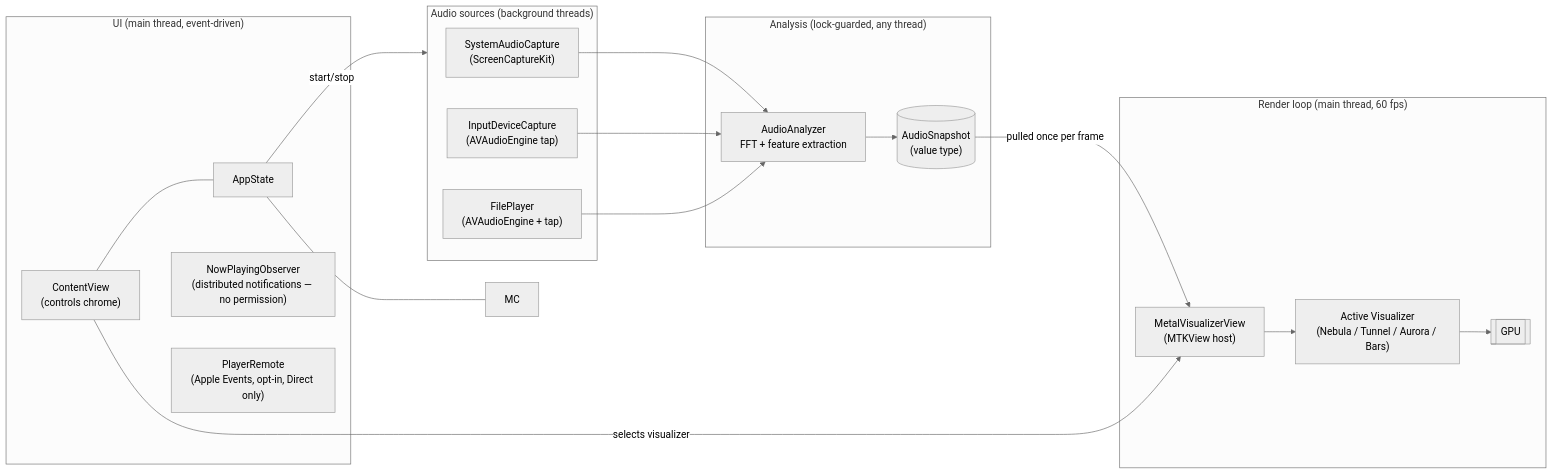
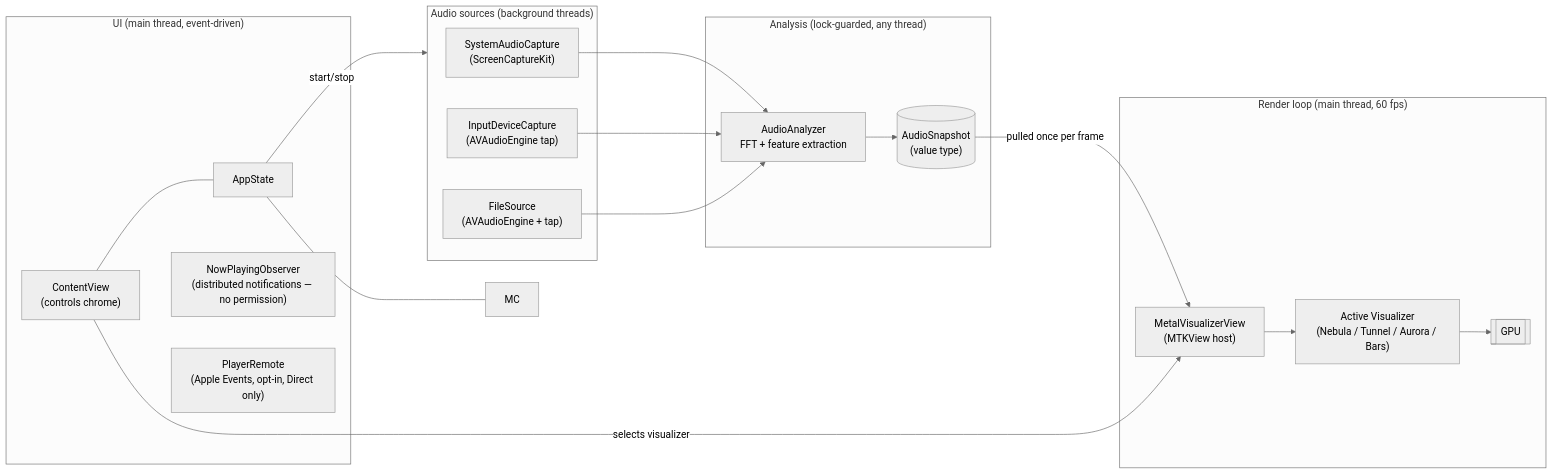
One commit to jonjaques/synesthia changed the first of 3 diagrams in docs/architecture.md. Above: the diagram before and after it, drawn with Mermaid (neutral theme). The commit also changed other lines of this file and 23 other files, not shown here.

````diff
--- a/docs/architecture.md
+++ b/docs/architecture.md
@@ -15,37 +15,37 @@
 ```mermaid
 flowchart LR
     subgraph sources["Audio sources (background threads)"]
         SCK["SystemAudioCapture<br>(ScreenCaptureKit)"]
         MIC["InputDeviceCapture<br>(AVAudioEngine tap)"]
-        FILE["FilePlayer<br>(AVAudioEngine + tap)"]
+        FILE["FileSource<br>(AVAudioEngine + tap)"]
     end
 
     subgraph analysis["Analysis (lock-guarded, any thread)"]
         AN["AudioAnalyzer<br>FFT + feature extraction"]
         SNAP[("AudioSnapshot<br>(value type)")]
     end
 
     subgraph render["Render loop (main thread, 60 fps)"]
         MVV["MetalVisualizerView<br>(MTKView host)"]
         VIZ["Active Visualizer<br>(Nebula / Tunnel / Aurora / Bars)"]
         GPU[["GPU"]]
     end
 
     subgraph ui["UI (main thread, event-driven)"]
         AS["AppState"]
         CV["ContentView<br>(controls chrome)"]
         NP["NowPlayingObserver<br>(distributed notifications — no permission)"]
         PR["PlayerRemote<br>(Apple Events, opt-in, Direct only)"]
     end
 
     SCK --> AN
     MIC --> AN
     FILE --> AN
     AN --> SNAP
     SNAP -- "pulled once per frame" --> MVV
     MVV --> VIZ --> GPU
     AS -- "start/stop" --> sources
     AS --- MC
     CV --- AS
     CV -- selects visualizer --> MVV
 ```
````
